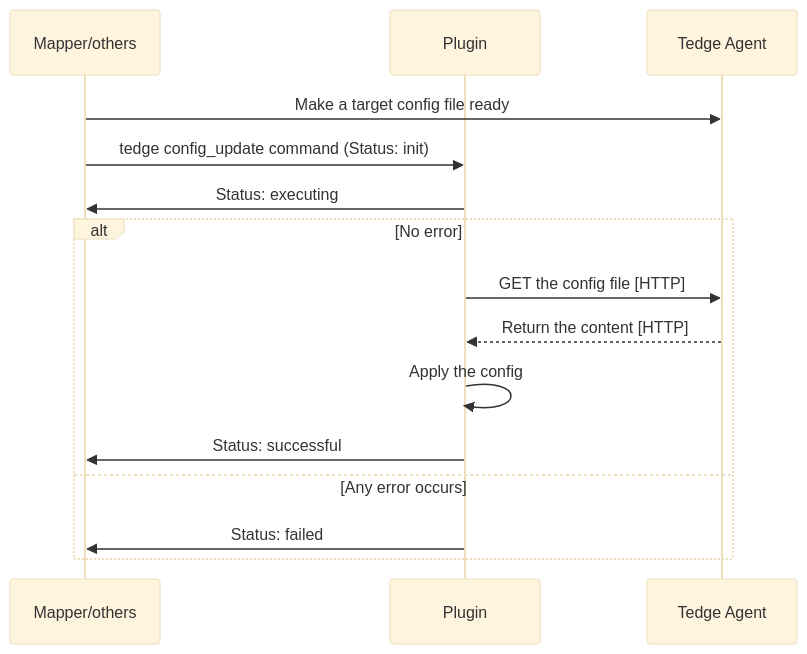
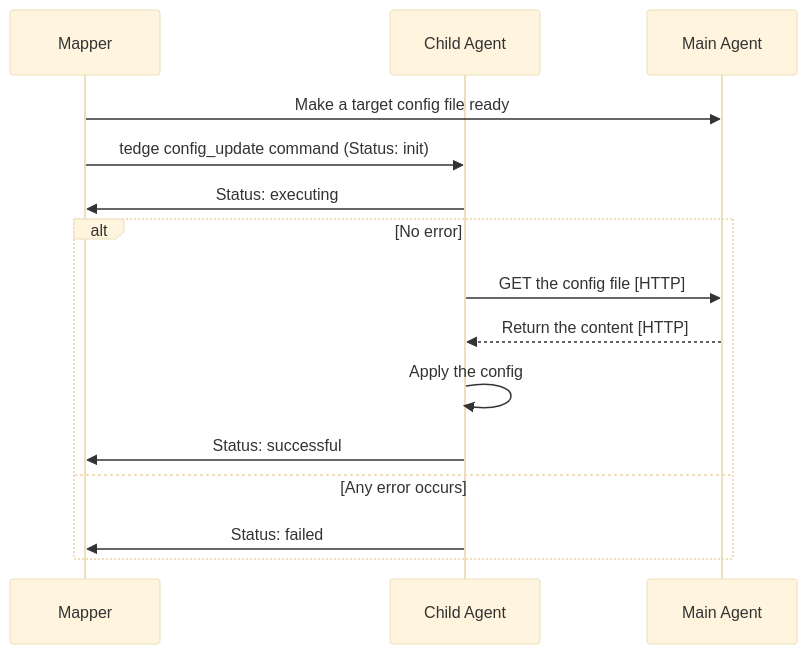
One commit to thin-edge/thin-edge.io changed the second of 2 diagrams in docs/src/references/agent/tedge-configuration-management.md. Above: the diagram before and after it, drawn with Mermaid (base theme). The commit also changed other lines of this file and 1 other file, not shown here.

First line of the commit message:
Update Log/Config operation documentation

````diff
--- a/docs/src/references/agent/tedge-configuration-management.md
+++ b/docs/src/references/agent/tedge-configuration-management.md
@@ -249,18 +239,18 @@
 ```mermaid
 sequenceDiagram
-  participant Mapper/others
-  participant Plugin
-  participant Tedge Agent
+  participant Mapper
+  participant Child Agent
+  participant Main Agent
 
-  Mapper/others->>Tedge Agent: Make a target config file ready
-  Mapper/others->>Plugin: tedge config_update command (Status: init)
-  Plugin->>Mapper/others: Status: executing
+  Mapper->>Main Agent: Make a target config file ready
+  Mapper->>Child Agent: tedge config_update command (Status: init)
+  Child Agent->>Mapper: Status: executing
   alt No error
-    Plugin->>Tedge Agent: GET the config file [HTTP]
-    Tedge Agent-->>Plugin: Return the content [HTTP]
-    Plugin->>Plugin: Apply the config
-    Plugin->>Mapper/others: Status: successful
+    Child Agent->>Main Agent: GET the config file [HTTP]
+    Main Agent-->>Child Agent: Return the content [HTTP]
+    Child Agent->>Child Agent: Apply the config
+    Child Agent->>Mapper: Status: successful
   else Any error occurs
-    Plugin->>Mapper/others: Status: failed
+    Child Agent->>Mapper: Status: failed
   end
 ```
````
